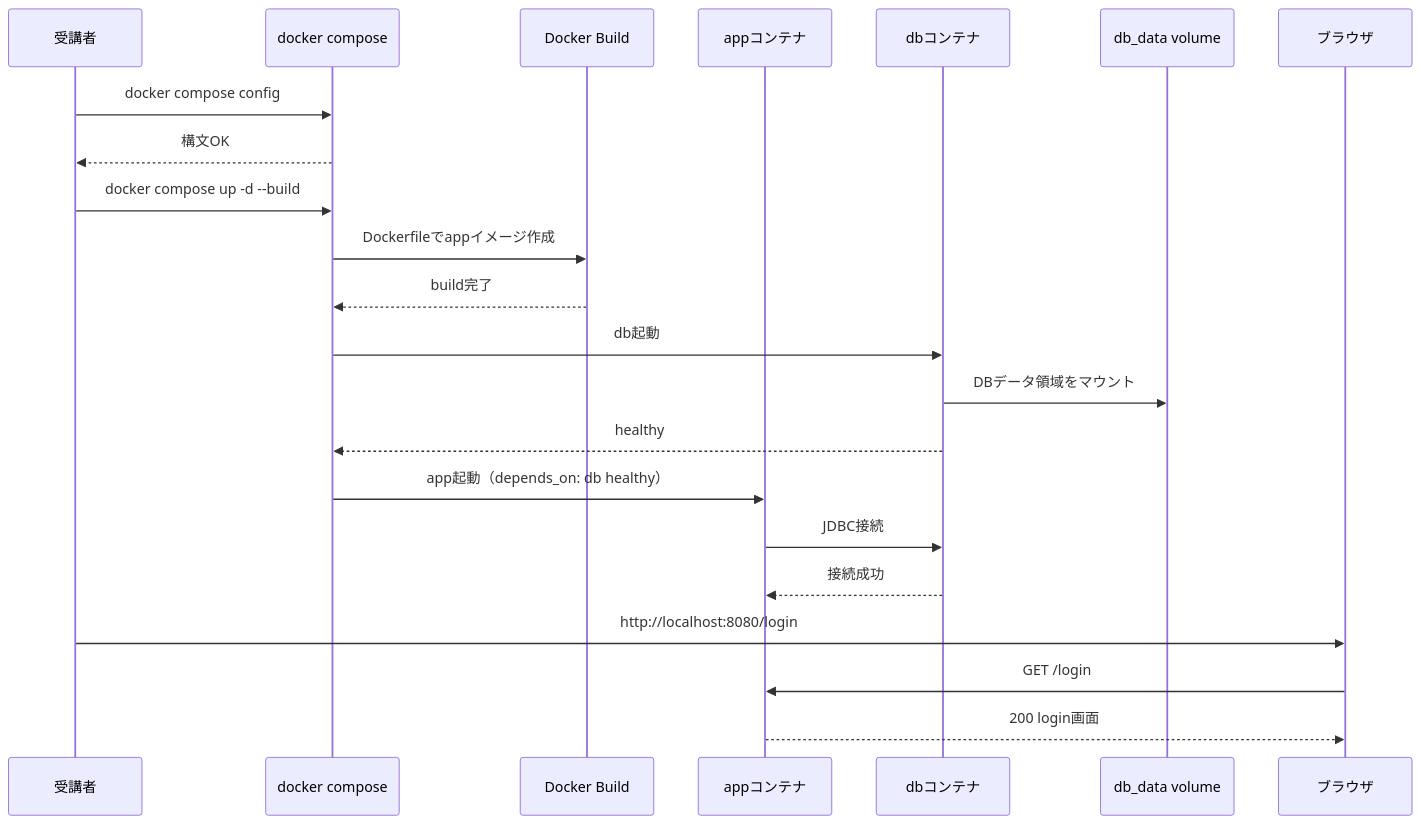
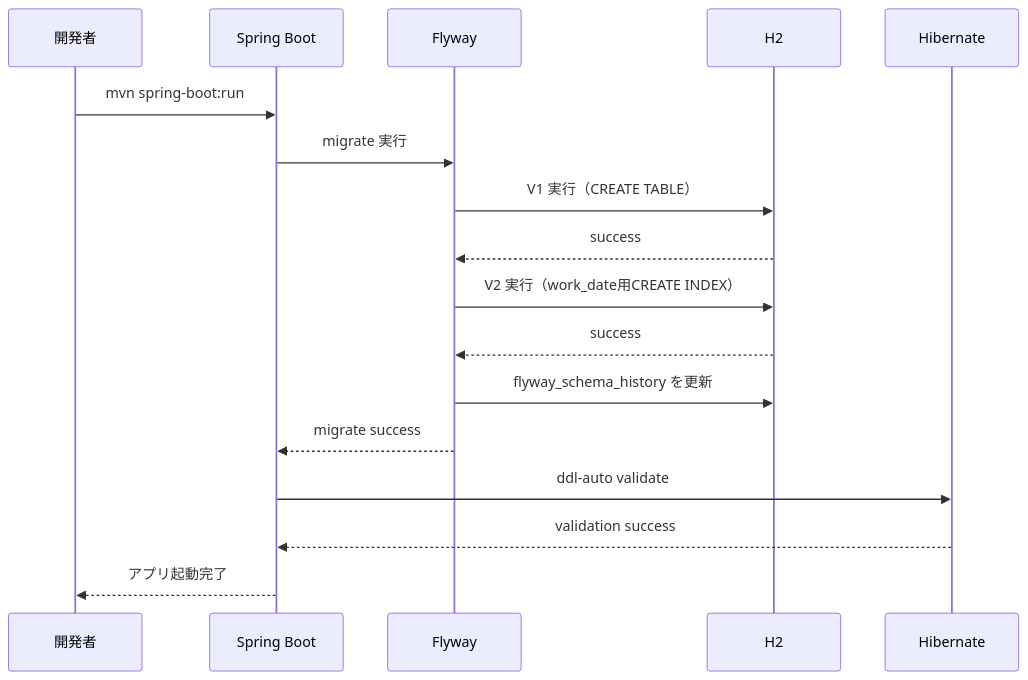
Before and after one commit to kiyomiya38/order-management-springboot: the second of 3 diagrams in docs/curriculum/springboot/lesson07/lesson7.md, drawn with Mermaid. The commit also changed other lines of this file and 82 other files, not shown here.

````diff
--- a/docs/curriculum/springboot/lesson07/lesson7.md
+++ b/docs/curriculum/springboot/lesson07/lesson7.md
@@ -63,27 +47,20 @@
 ```mermaid
 sequenceDiagram
-  participant User as 受講者
-  participant CLI as docker compose
-  participant Build as Docker Build
-  participant App as appコンテナ
-  participant Db as dbコンテナ
-  participant Vol as db_data volume
-  participant Browser as ブラウザ
+  participant Dev as 開発者
+  participant App as Spring Boot
+  participant Flyway as Flyway
+  participant DB as H2
+  participant JPA as Hibernate
 
-  User->>CLI: docker compose config
-  CLI-->>User: 構文OK
-
-  User->>CLI: docker compose up -d --build
-  CLI->>Build: Dockerfileでappイメージ作成
-  Build-->>CLI: build完了
-  CLI->>Db: db起動
-  Db->>Vol: DBデータ領域をマウント
-  Db-->>CLI: healthy
-  CLI->>App: app起動（depends_on: db healthy）
-  App->>Db: JDBC接続
-  Db-->>App: 接続成功
-
-  User->>Browser: http://localhost:8080/login
-  Browser->>App: GET /login
-  App-->>Browser: 200 login画面
+  Dev->>App: mvn spring-boot:run
+  App->>Flyway: migrate 実行
+  Flyway->>DB: V1 実行（CREATE TABLE）
+  DB-->>Flyway: success
+  Flyway->>DB: V2 実行（work_date用CREATE INDEX）
+  DB-->>Flyway: success
+  Flyway->>DB: flyway_schema_history を更新
+  Flyway-->>App: migrate success
+  App->>JPA: ddl-auto validate
+  JPA-->>App: validation success
+  App-->>Dev: アプリ起動完了
 ```
````
